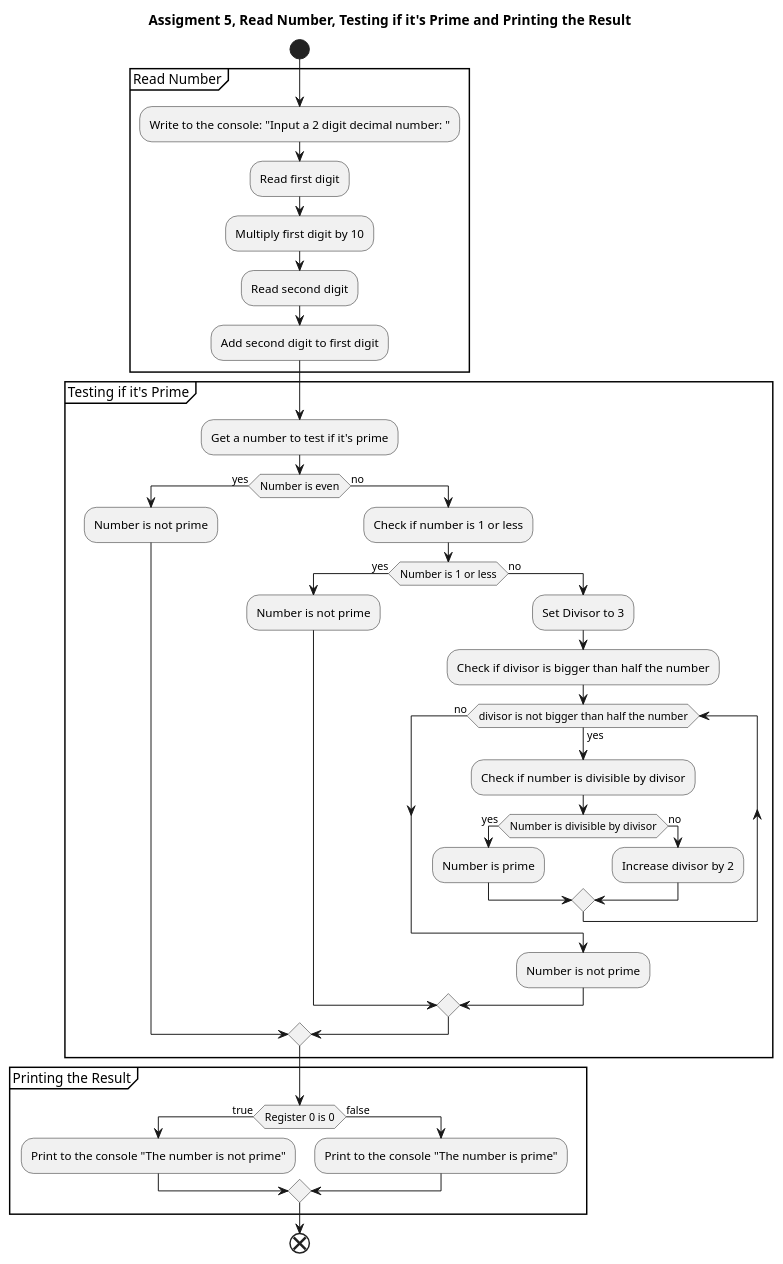
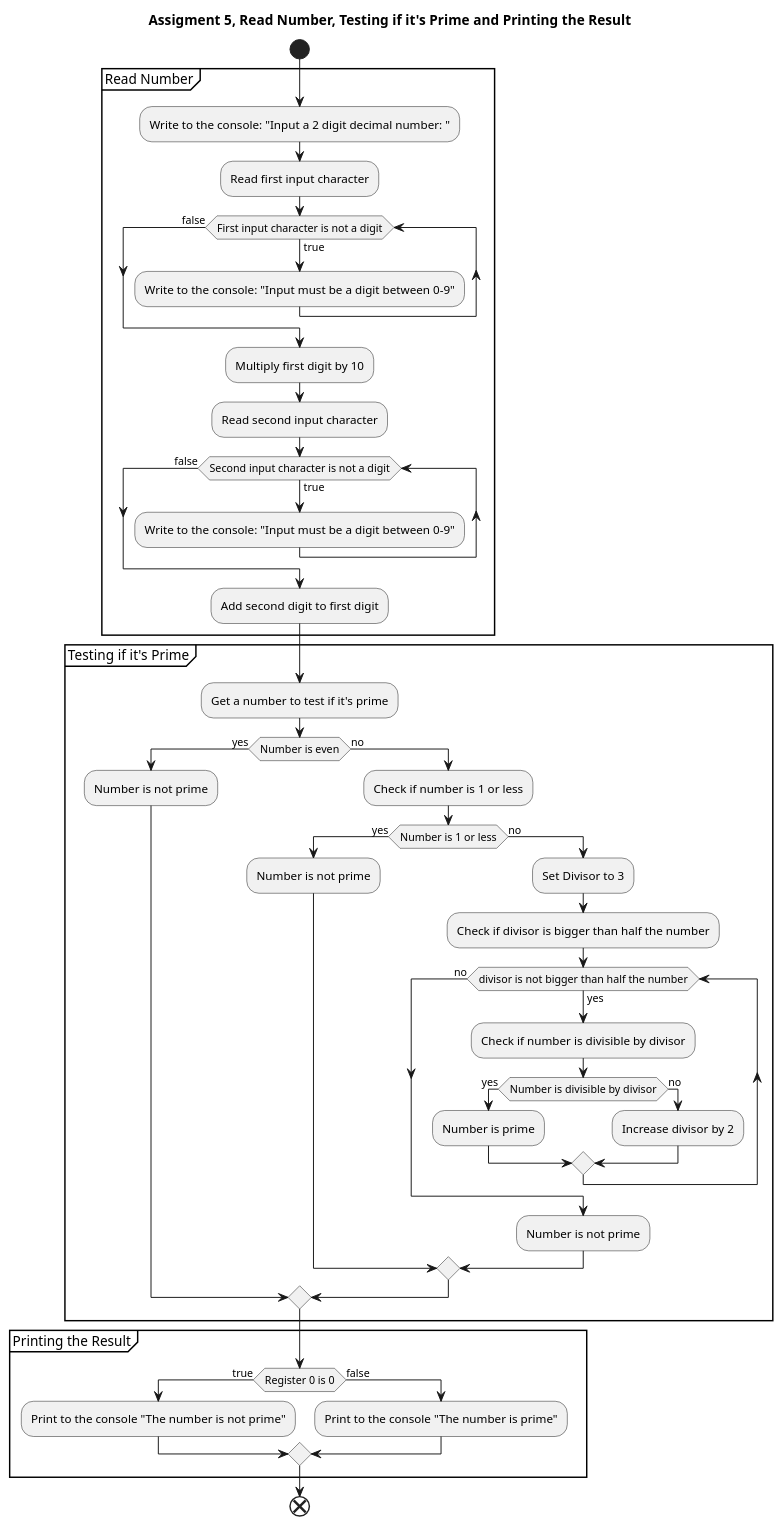
One commit to TobyNatooor/machine-prog-group-1 changed the diagram in diagrams/assignment_5.pu. Above: the diagram before and after it, drawn with PlantUML. The commit also changed 2 other files, not shown here.

Commit message:
updated diagrams

```diff
--- a/diagrams/assignment_5.pu
+++ b/diagrams/assignment_5.pu
@@ -1,51 +1,57 @@
 @startuml assignment_5
 skinparam linetype ortho
 hide empty methods
 hide empty fields
 hide circle
 
 title Assigment 5, Read Number, Testing if it's Prime and Printing the Result
 
 start
 partition "Read Number" {
     :Write to the console: "Input a 2 digit decimal number: ";
-    :Read first digit;
+    :Read first input character;
+    while (First input character is not a digit) is (true)
+        :Write to the console: "Input must be a digit between 0-9";
+    endwhile (false)
     :Multiply first digit by 10;
-    :Read second digit;
+    :Read second input character;
+    while (Second input character is not a digit) is (true)
+        :Write to the console: "Input must be a digit between 0-9";
+    endwhile (false)
     :Add second digit to first digit;
 }
 
 partition "Testing if it's Prime" {
     :Get a number to test if it's prime;
     if (Number is even) then (yes)
         :Number is not prime;
     else (no)
         :Check if number is 1 or less;
         if (Number is 1 or less) then (yes)
             :Number is not prime;
         else (no)
             :Set Divisor to 3;
             :Check if divisor is bigger than half the number;
             while (divisor is not bigger than half the number) is (yes)
                 :Check if number is divisible by divisor;
                 if (Number is divisible by divisor) then (yes)
                     :Number is prime;
                 else (no)
                     :Increase divisor by 2;
                 endif
             endwhile (no)
             :Number is not prime;
         endif
     endif
 }
 
 partition "Printing the Result" {
     if (Register 0 is 0) then (true)
         :Print to the console "The number is not prime";
     else (false)
         :Print to the console "The number is prime";
     endif
 }
 end
 
 @enduml
```
